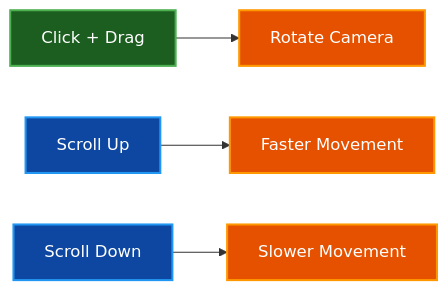
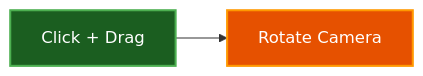
Before and after one commit to paulrobello/par-fractal: the second of 2 diagrams in docs/CONTROLS.md, drawn with Mermaid. The commit also changed other lines of this file and 7 other files, not shown here.

````diff
--- a/docs/CONTROLS.md
+++ b/docs/CONTROLS.md
@@ -468,13 +466,7 @@
 ```mermaid
 graph LR
     Drag[Click + Drag] --> Look[Rotate Camera]
-    ScrollUp[Scroll Up] --> SpeedUp[Faster Movement]
-    ScrollDown[Scroll Down] --> SpeedDown[Slower Movement]
 
     style Drag fill:#1b5e20,stroke:#4caf50,stroke-width:2px,color:#ffffff
-    style ScrollUp fill:#0d47a1,stroke:#2196f3,stroke-width:2px,color:#ffffff
-    style ScrollDown fill:#0d47a1,stroke:#2196f3,stroke-width:2px,color:#ffffff
     style Look fill:#e65100,stroke:#ff9800,stroke-width:2px,color:#ffffff
-    style SpeedUp fill:#e65100,stroke:#ff9800,stroke-width:2px,color:#ffffff
-    style SpeedDown fill:#e65100,stroke:#ff9800,stroke-width:2px,color:#ffffff
 ```
````
